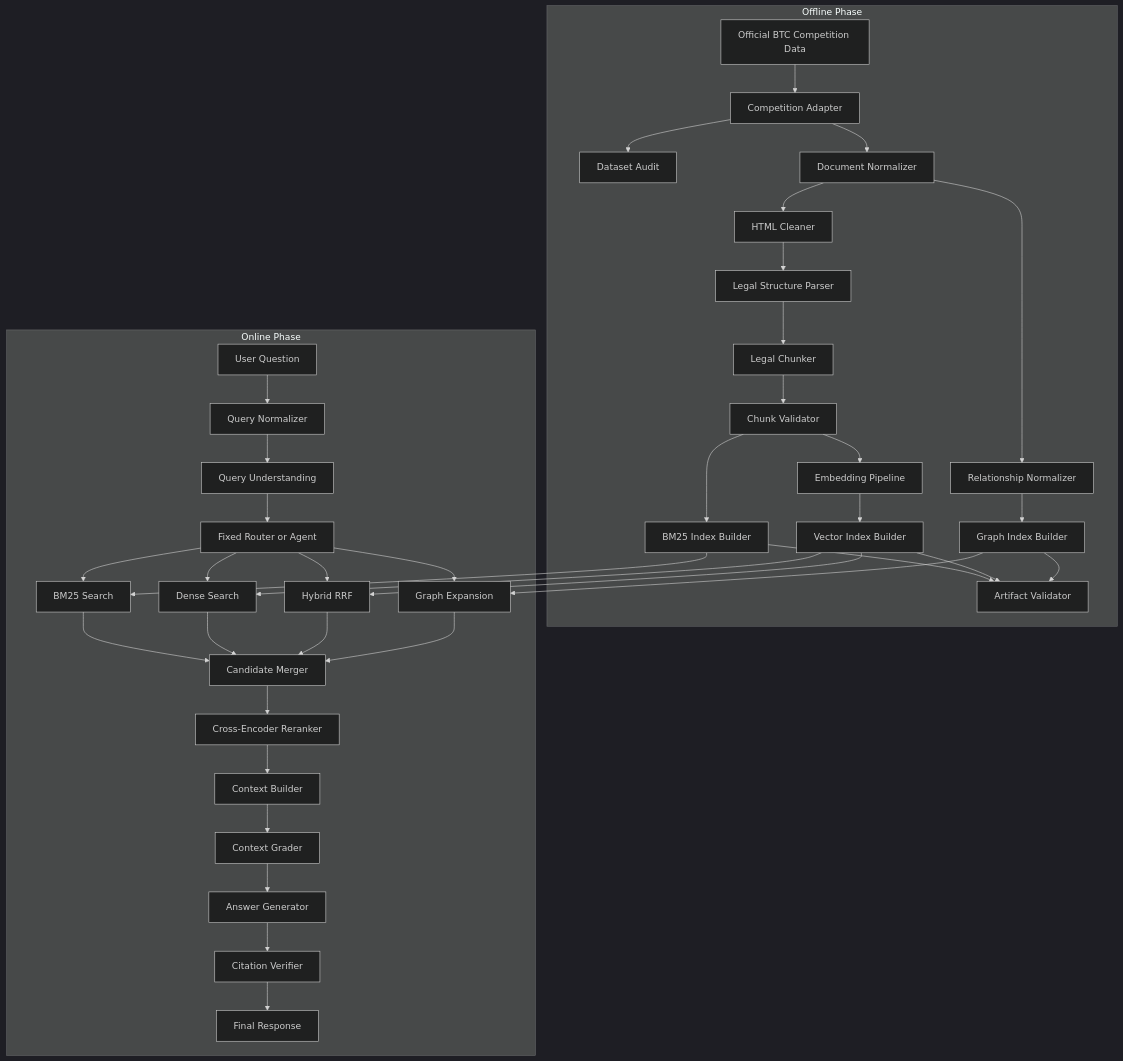
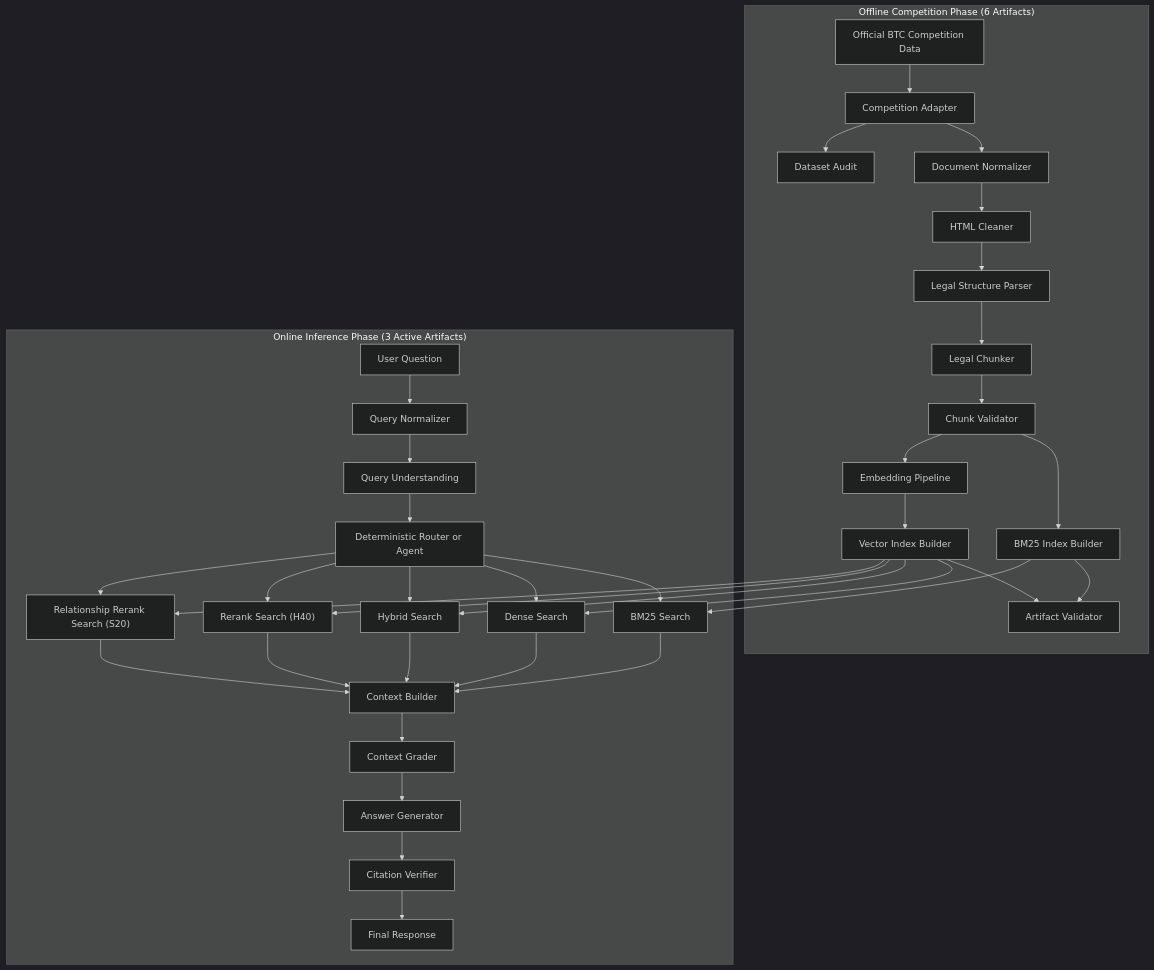
The diagram in docs/04-SYSTEM-ARCHITECTURE.md (Chef221/legal-agentic-rag), drawn with Mermaid (dark theme) before and after one commit. The commit also changed other lines of this file and 7 other files, not shown here.

````diff
--- a/docs/04-SYSTEM-ARCHITECTURE.md
+++ b/docs/04-SYSTEM-ARCHITECTURE.md
@@ -24,76 +24,71 @@
 ```mermaid
 flowchart TD
-    subgraph OFFLINE["Offline Phase"]
+    subgraph OFFLINE["Offline Competition Phase (6 Artifacts)"]
         A["Official BTC Competition Data"]
         B["Competition Adapter"]
         C["Dataset Audit"]
         D["Document Normalizer"]
         E["HTML Cleaner"]
         F["Legal Structure Parser"]
         G["Legal Chunker"]
         H["Chunk Validator"]
         I["BM25 Index Builder"]
         J["Embedding Pipeline"]
         K["Vector Index Builder"]
-        L["Relationship Normalizer"]
-        M["Graph Index Builder"]
         N["Artifact Validator"]
 
         A --> B
         B --> C
         B --> D
         D --> E
         E --> F
         F --> G
         G --> H
         H --> I
         H --> J
         J --> K
-        D --> L
-        L --> M
         I --> N
         K --> N
-        M --> N
     end
 
-    subgraph ONLINE["Online Phase"]
+    subgraph ONLINE["Online Inference Phase (3 Active Artifacts)"]
         Q["User Question"]
         R["Query Normalizer"]
         R2["Query Understanding"]
-        S["Fixed Router or Agent"]
+        S["Deterministic Router or Agent"]
         T1["BM25 Search"]
         T2["Dense Search"]
-        T3["Hybrid RRF"]
-        T4["Graph Expansion"]
-        U["Candidate Merger"]
-        V["Cross-Encoder Reranker"]
+        T3["Hybrid Search"]
+        T4["Rerank Search (H40)"]
+        T5["Relationship Rerank Search (S20)"]
         W["Context Builder"]
         X["Context Grader"]
         Y["Answer Generator"]
         Z["Citation Verifier"]
         O["Final Response"]
 
         Q --> R
         R --> R2
         R2 --> S
         S --> T1
         S --> T2
         S --> T3
         S --> T4
-        T1 --> U
-        T2 --> U
-        T3 --> U
-        T4 --> U
-        U --> V
-        V --> W
+        S --> T5
+        T1 --> W
+        T2 --> W
+        T3 --> W
+        T4 --> W
+        T5 --> W
         W --> X
         X --> Y
         Y --> Z
         Z --> O
     end
 
     I --> T1
     K --> T2
     K --> T3
-    M --> T4
+    K --> T4
+    K --> T5
 ```
````
